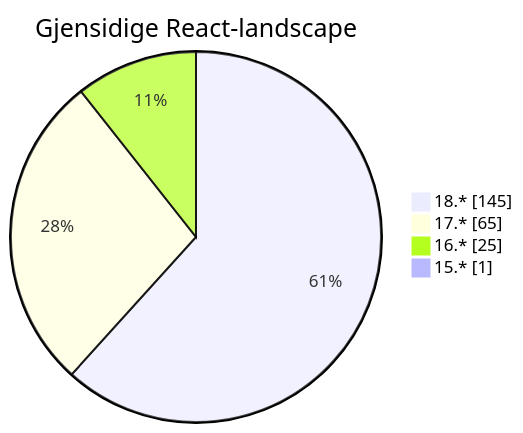
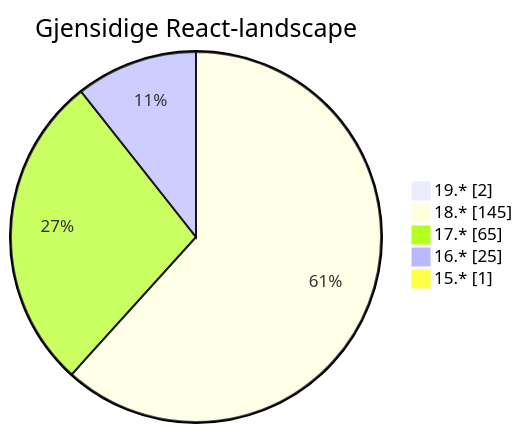
Before and after one commit to Bellfalasch/frontend-forum: the second of 3 diagrams in slides.md, drawn with Mermaid. The commit also changed other lines of this file and 1 other file, not shown here.

````diff
--- a/slides.md
+++ b/slides.md
@@ -106,7 +106,8 @@
 ```mermaid
 pie showData title Gjensidige React-landscape
+    "19.*" : 2
     "18.*" : 145
     "17.*" : 65
     "16.*" : 25
     "15.*" : 1
 ```
````
